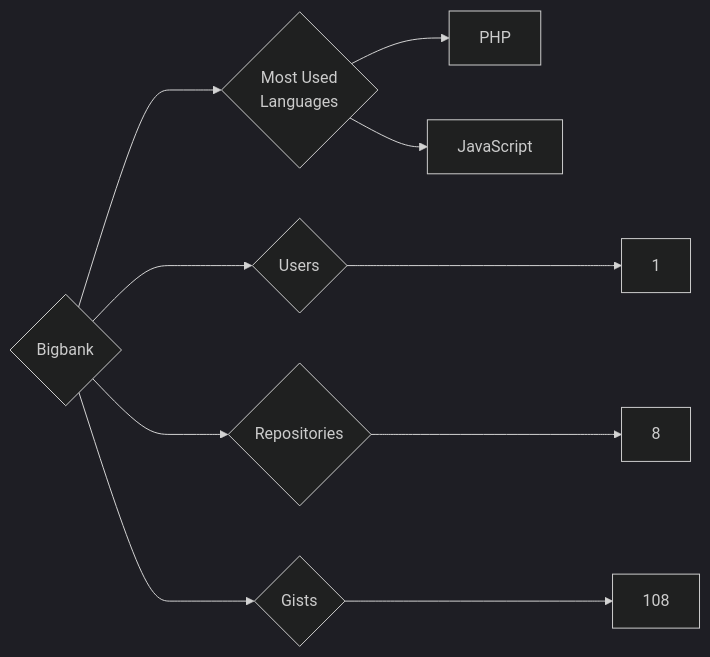
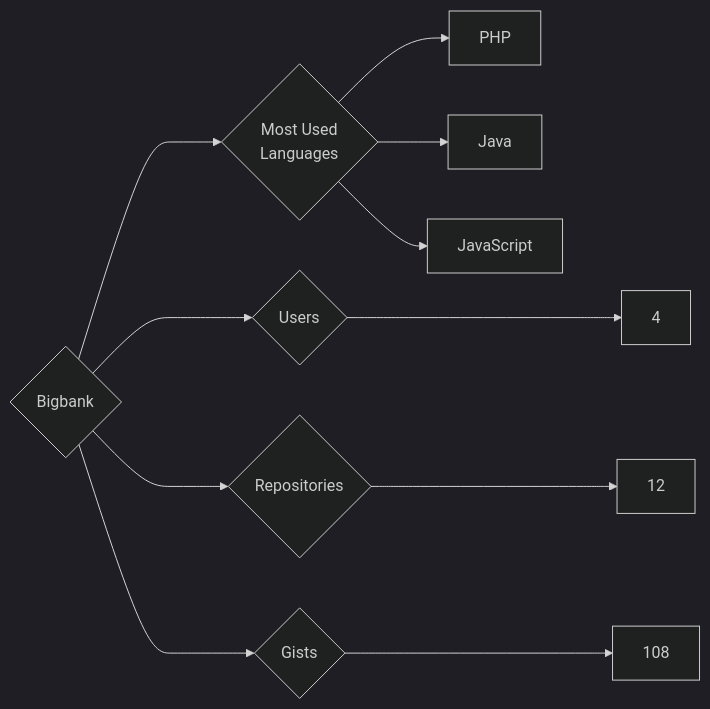
One commit to trickest/insiders changed the diagram in targets/Bigbank/README.md. Above: the diagram before and after it, drawn with Mermaid (dark theme). The commit also changed 1149 other files, not shown here.

````diff
--- a/targets/Bigbank/README.md
+++ b/targets/Bigbank/README.md
@@ -3,10 +3,11 @@
 ```mermaid
 graph LR
 COMPANY_NAME{Bigbank}
-COMPANY_NAME ---> U{Users} ---> UN[1]
-COMPANY_NAME ---> R{Repositories} ---> RN[8]
+COMPANY_NAME ---> U{Users} ---> UN[4]
+COMPANY_NAME ---> R{Repositories} ---> RN[12]
 COMPANY_NAME ---> G{Gists} ---> GN[108]
 COMPANY_NAME ---> ML{Most Used<br>Languages}
 ML --> PHP[PHP]
+ML --> Java[Java]
 ML --> JavaScript[JavaScript]
 ```
````
